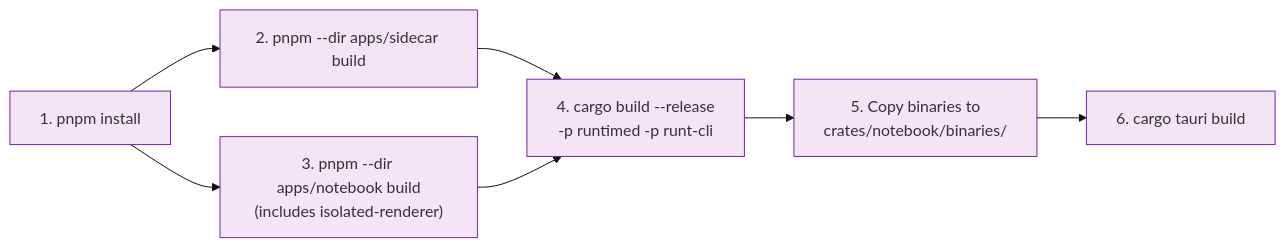
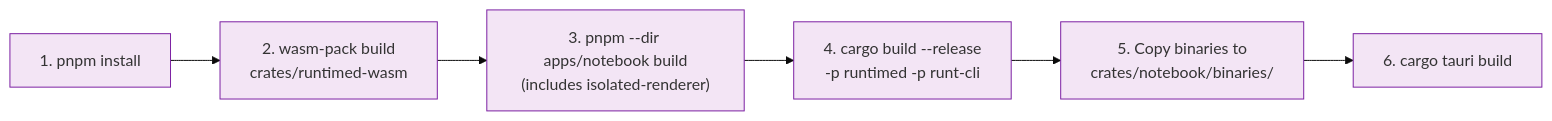
Before and after one commit to nteract/desktop: the second of 3 diagrams in contributing/build-dependencies.md, drawn with Mermaid (base theme). The commit also changed other lines of this file and 10 other files, not shown here.

````diff
--- a/contributing/build-dependencies.md
+++ b/contributing/build-dependencies.md
@@ -75,12 +75,11 @@
 ```mermaid
 graph LR
-    A["1. pnpm install"] --> B["2. pnpm --dir apps/sidecar build"]
-    A --> C["3. pnpm --dir apps/notebook build<br/>(includes isolated-renderer)"]
-    B --> D["4. cargo build --release<br/>-p runtimed -p runt-cli"]
-    C --> D
+    A["1. pnpm install"] --> W["2. wasm-pack build<br/>crates/runtimed-wasm"]
+    W --> C["3. pnpm --dir apps/notebook build<br/>(includes isolated-renderer)"]
+    C --> D["4. cargo build --release<br/>-p runtimed -p runt-cli"]
     D --> E["5. Copy binaries to<br/>crates/notebook/binaries/"]
     E --> F["6. cargo tauri build"]
 
     classDef step fill:#f3e5f5,stroke:#7b1fa2
-    class A,B,C,D,E,F step
+    class A,W,C,D,E,F step
 ```
````
